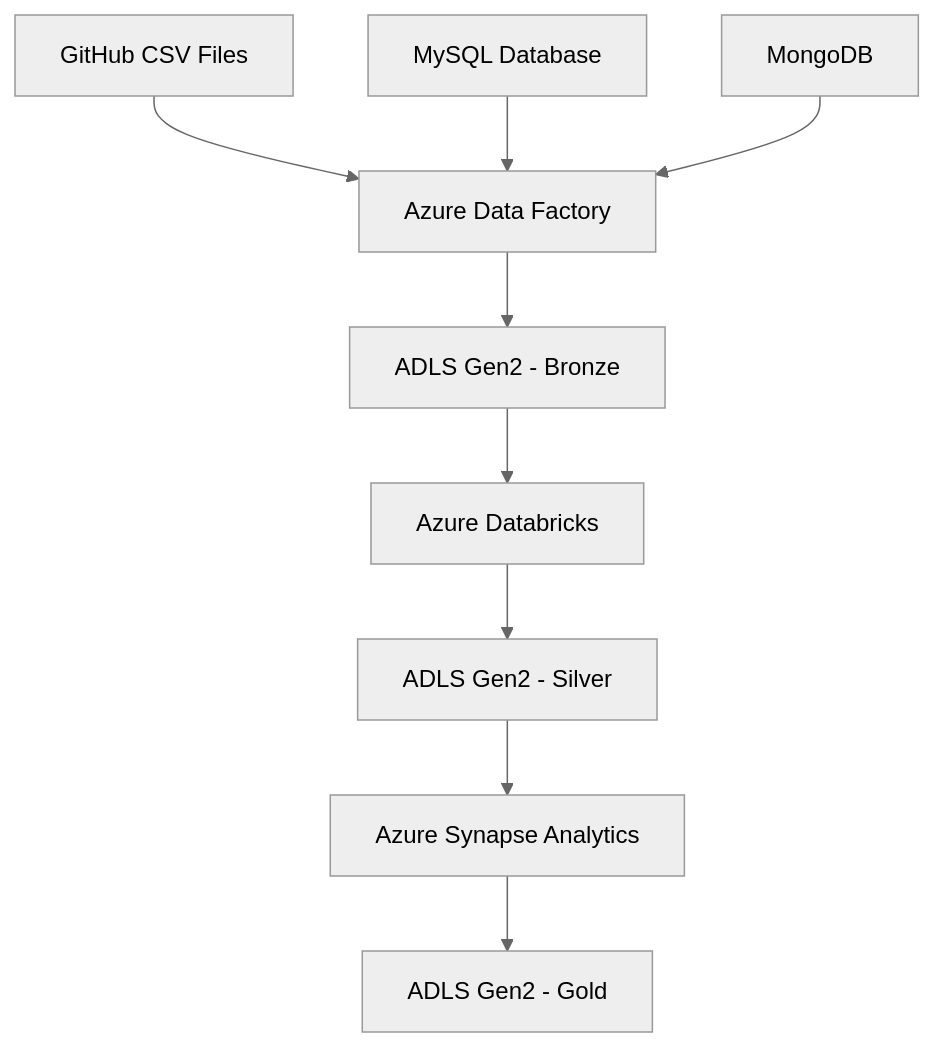
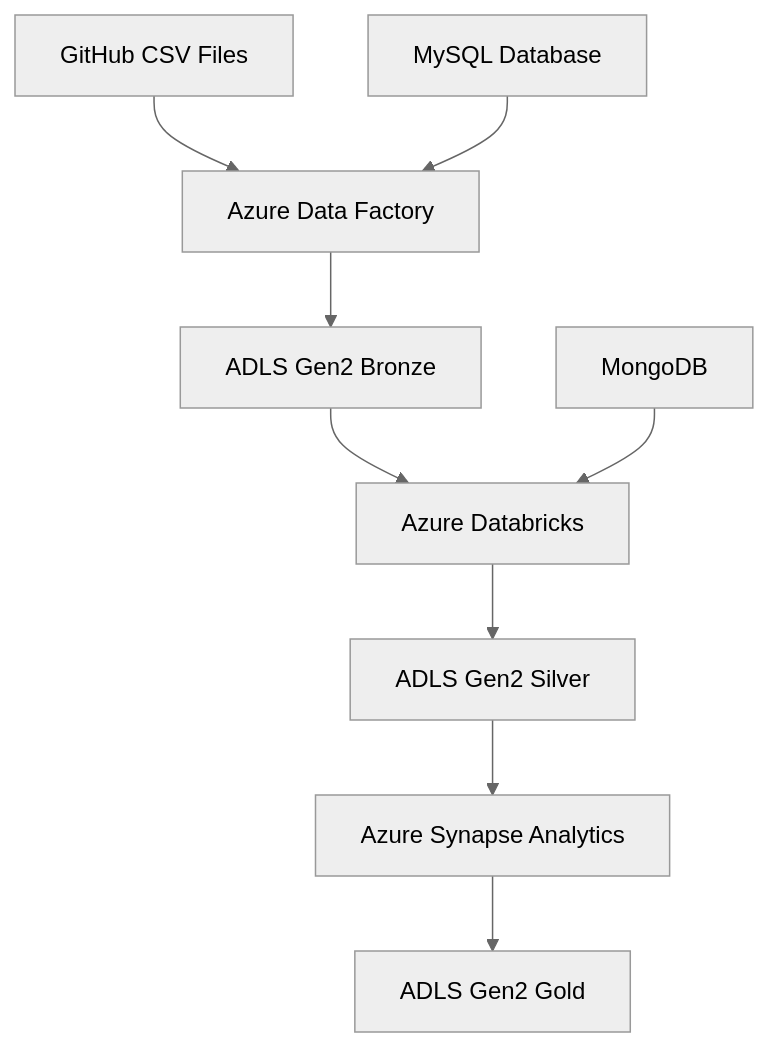
One commit to Ktrimalrao/Brazillian-Ecommerce-BigDataEngineering changed the diagram in README.md. Above: the diagram before and after it, drawn with Mermaid (neutral theme).

````diff
--- a/README.md
+++ b/README.md
@@ -254,14 +254,14 @@
 ```mermaid
 
 graph TD
     A[GitHub CSV Files] --> B[Azure Data Factory]
     C[MySQL Database] --> B
-    D[MongoDB] --> B
-    B --> E[ADLS Gen2 - Bronze]
+    B --> E[ADLS Gen2 Bronze]
     E --> F[Azure Databricks]
-    F --> G[ADLS Gen2 - Silver]
+    D[MongoDB] --> F
+    F --> G[ADLS Gen2 Silver]
     G --> H[Azure Synapse Analytics]
-    H --> I[ADLS Gen2 - Gold]
+    H --> I[ADLS Gen2 Gold]
 
 
 ```
````
